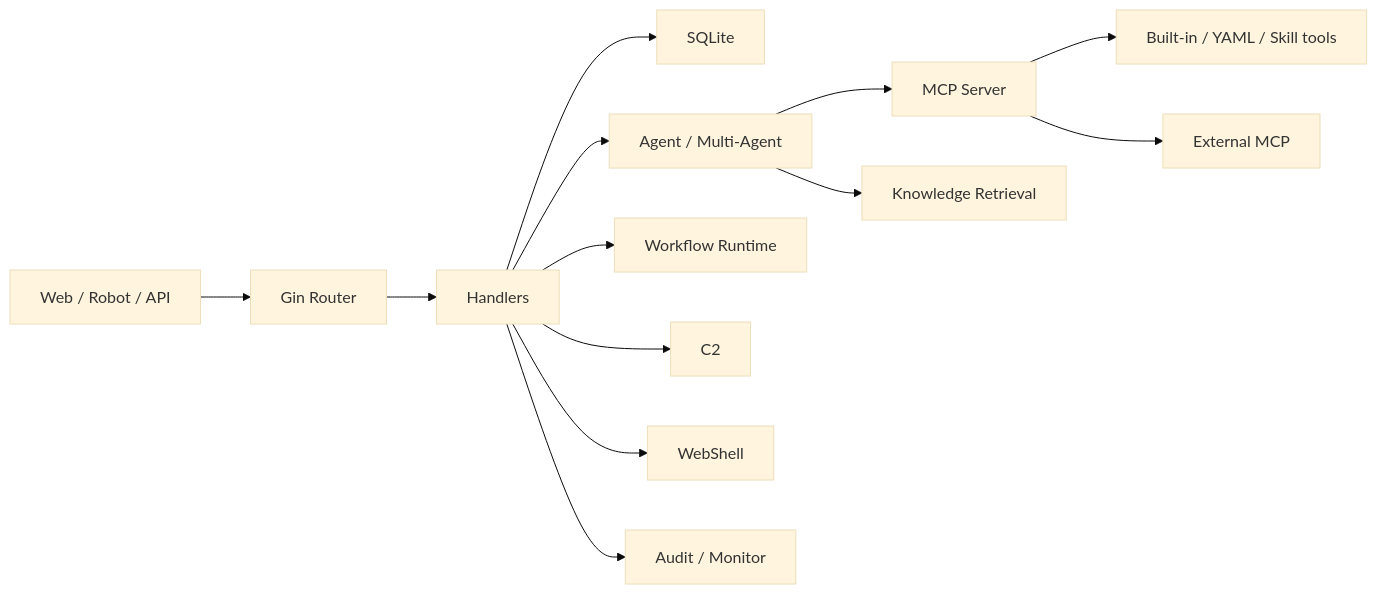
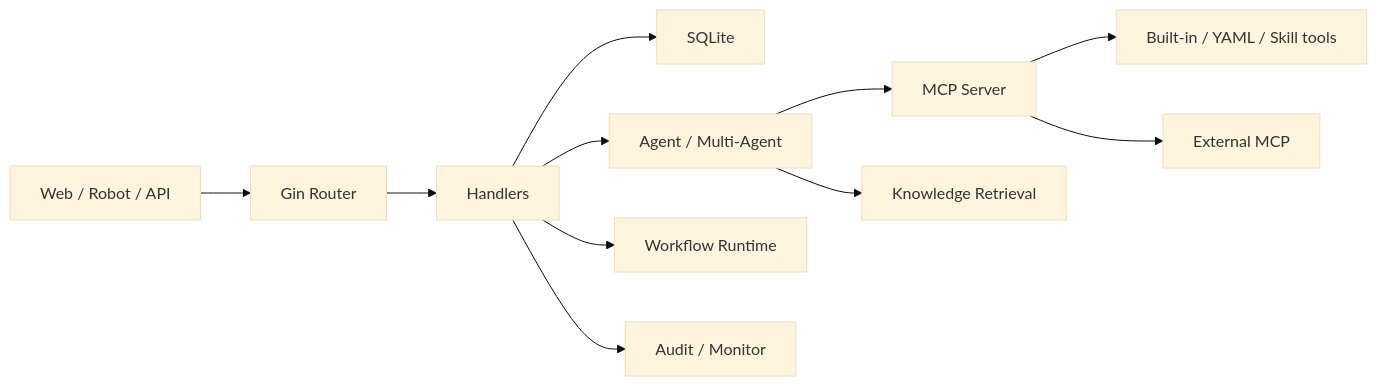
One commit to youki992/Provena changed the diagram in docs/en-US/architecture.md. Above: the diagram before and after it, drawn with Mermaid (base theme). The commit also changed other lines of this file and 34 other files, not shown here.

````diff
--- a/docs/en-US/architecture.md
+++ b/docs/en-US/architecture.md
@@ -9,15 +9,13 @@
 ```mermaid
 flowchart LR
     U["Web / Robot / API"] --> R["Gin Router"]
     R --> H["Handlers"]
     H --> DB["SQLite"]
     H --> A["Agent / Multi-Agent"]
     A --> M["MCP Server"]
     M --> T["Built-in / YAML / Skill tools"]
     M --> EM["External MCP"]
     A --> K["Knowledge Retrieval"]
     H --> W["Workflow Runtime"]
-    H --> C2["C2"]
-    H --> WS["WebShell"]
     H --> AU["Audit / Monitor"]
 ```
````
